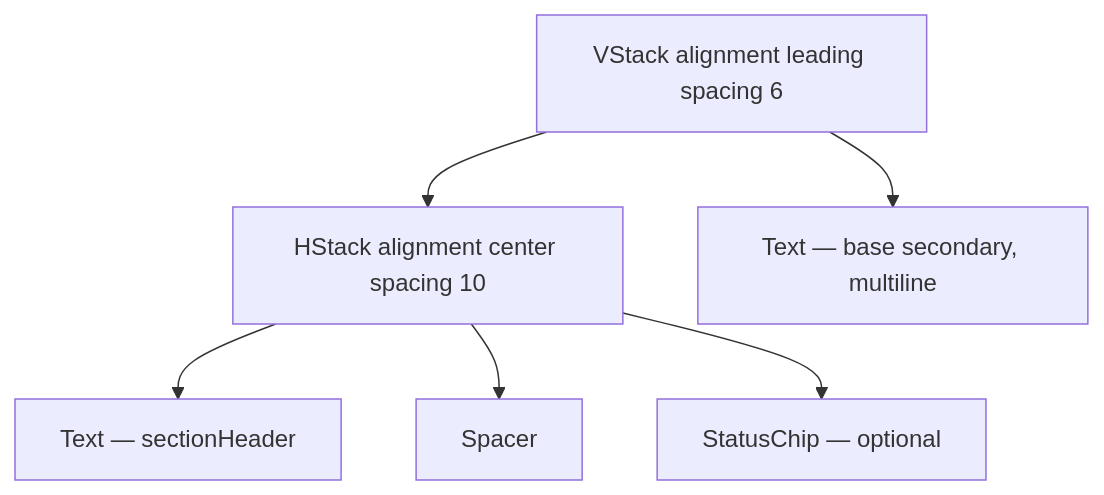
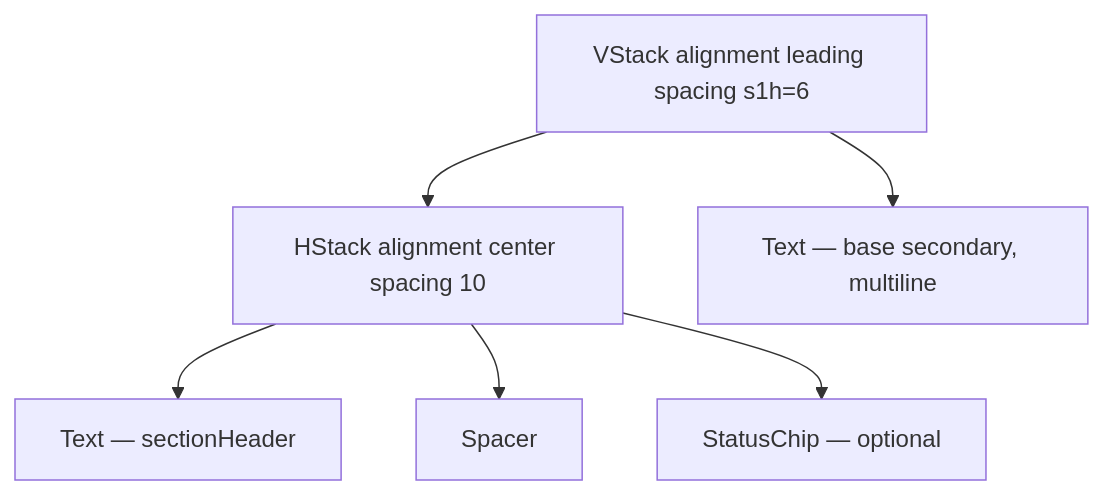
Before and after one commit to MrDemonWolf/WolfWave: the diagram in design-system/components/section-header-with-status.md, drawn with Mermaid. The commit also changed other lines of this file and 95 other files, not shown here.

````diff
--- a/design-system/components/section-header-with-status.md
+++ b/design-system/components/section-header-with-status.md
@@ -33,8 +33,8 @@
 ```mermaid
 graph TB
-  Header[VStack alignment leading spacing 6] --> TopRow[HStack alignment center spacing 10]
+  Header[VStack alignment leading spacing s1h=6] --> TopRow[HStack alignment center spacing 10]
   TopRow --> Title[Text — sectionHeader]
   TopRow --> Spacer
   TopRow --> Chip[StatusChip — optional]
   Header --> Subtitle[Text — base secondary, multiline]
 ```
````
